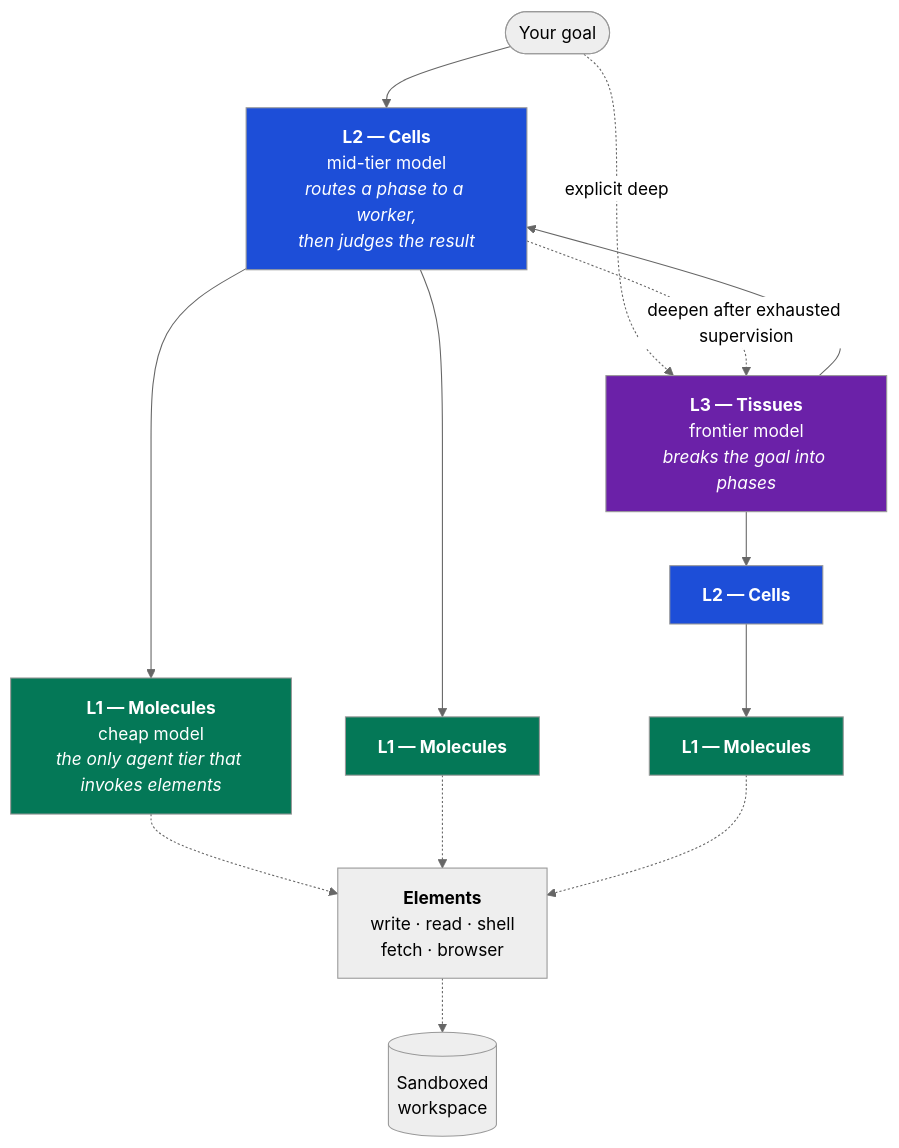
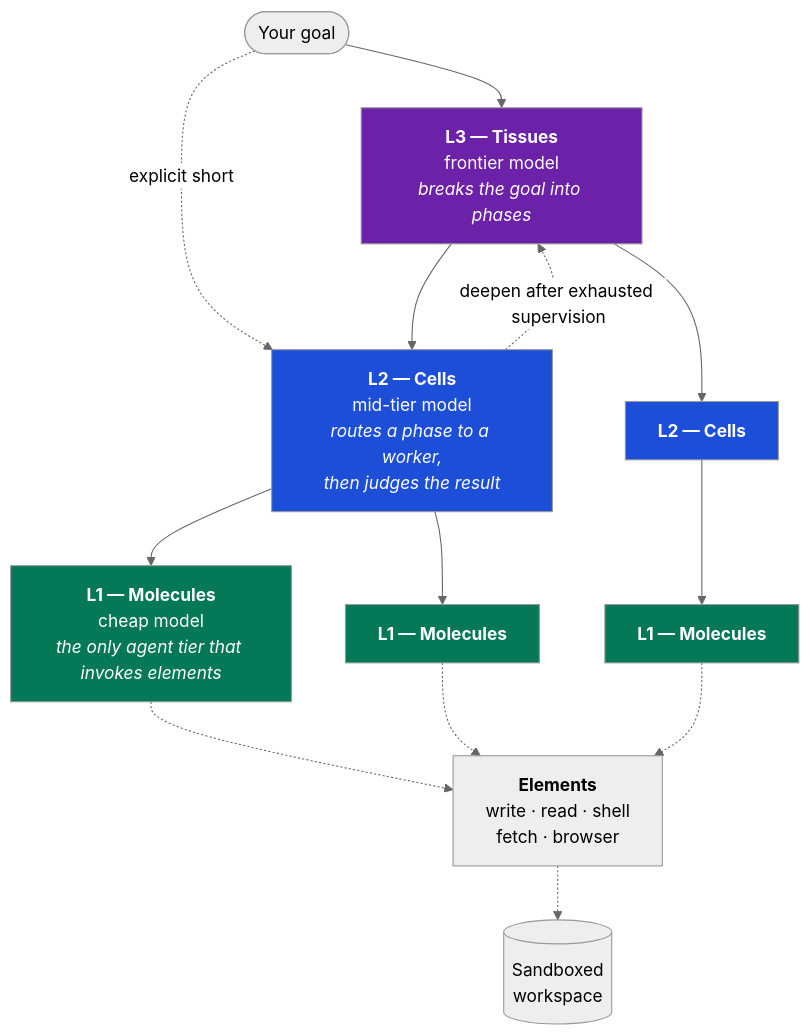
One commit to atoma-run/atoma changed the first of 6 diagrams in docs/how-it-works.md. Above: the diagram before and after it, drawn with Mermaid (neutral theme). The commit also changed other lines of this file and 4 other files, not shown here.

````diff
--- a/docs/how-it-works.md
+++ b/docs/how-it-works.md
@@ -33,24 +35,24 @@
 ```mermaid
 graph TB
-    APP([Your goal]) --> L2A
-    APP -. explicit deep .-> L3
+    APP([Your goal]) --> L3
+    APP -. explicit short .-> L2A
     L2A -. deepen after exhausted supervision .-> L3
     L3["<b>L3 — Tissues</b><br/>frontier model<br/><i>breaks the goal into phases</i>"] --> L2A
     L3 --> L2B
     L2A["<b>L2 — Cells</b><br/>mid-tier model<br/><i>routes a phase to a worker,<br/>then judges the result</i>"] --> L1A
     L2A --> L1B
     L2B["<b>L2 — Cells</b>"] --> L1C
     L1A["<b>L1 — Molecules</b><br/>cheap model<br/><i>the only agent tier that invokes elements</i>"]
     L1B["<b>L1 — Molecules</b>"]
     L1C["<b>L1 — Molecules</b>"]
     L1A -.-> E["<b>Elements</b><br/>write · read · shell<br/>fetch · browser"]
     L1B -.-> E
     L1C -.-> E
     E -.-> WS[("Sandboxed<br/>workspace")]
     style L3 fill:#6b21a8,color:#fff
     style L2A fill:#1d4ed8,color:#fff
     style L2B fill:#1d4ed8,color:#fff
     style L1A fill:#047857,color:#fff
     style L1B fill:#047857,color:#fff
     style L1C fill:#047857,color:#fff
 ```
````
